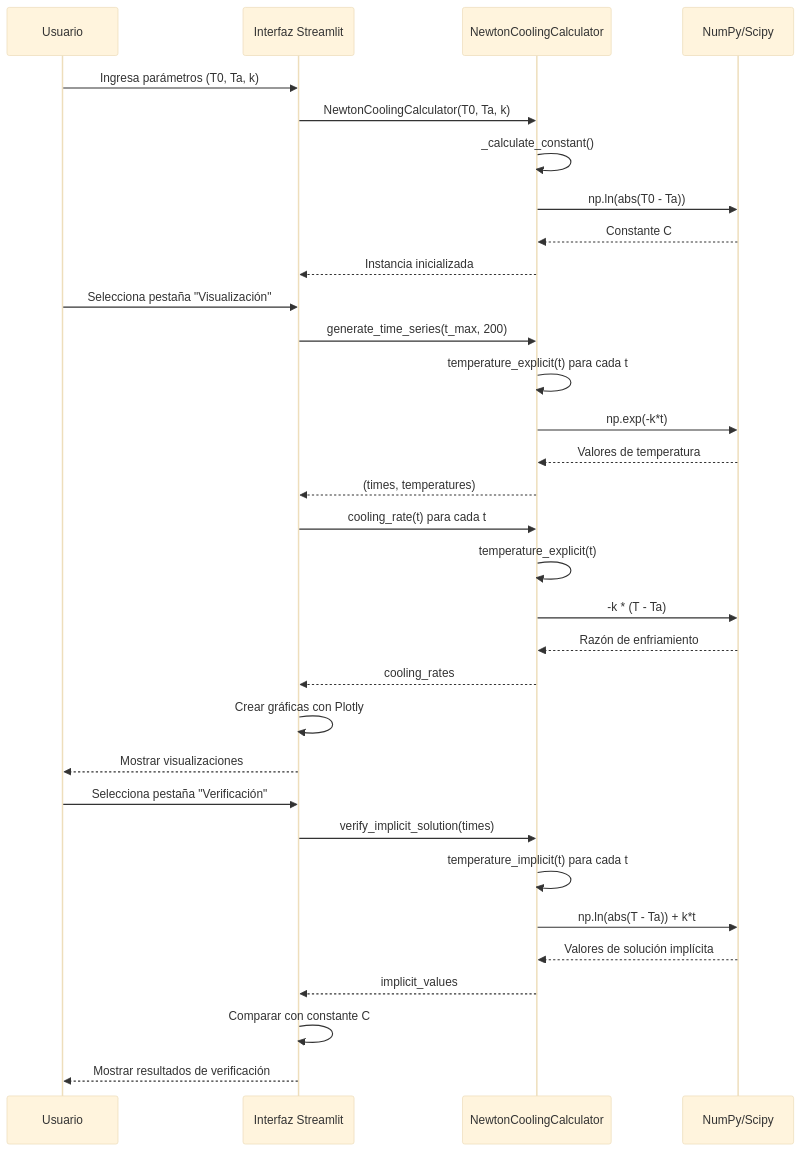
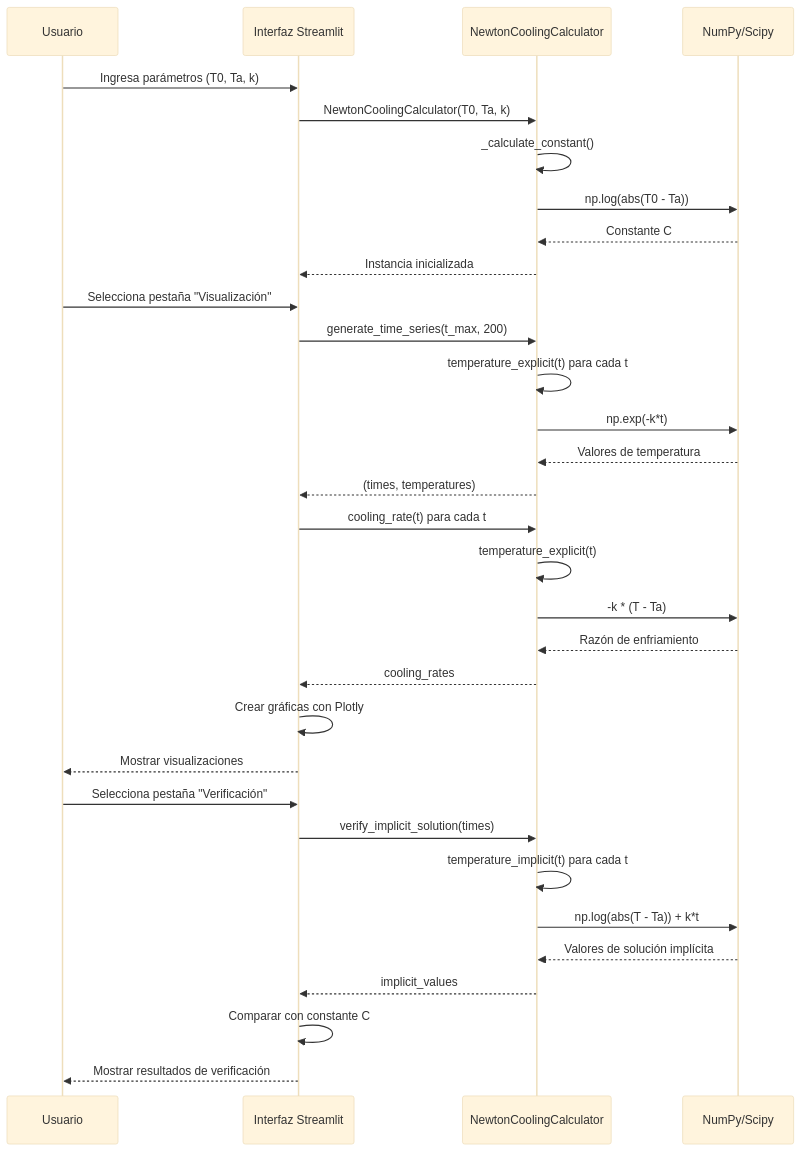
Diagram 13 of 16 in Docs/DOCUMENTACION.md (JohanStivenRengifo/Ley-de-Enfriamiento-de-Newton), drawn with Mermaid (base theme) before and after one commit. The commit also changed other lines of this file and 1 other file, not shown here.

````diff
--- a/Docs/DOCUMENTACION.md
+++ b/Docs/DOCUMENTACION.md
@@ -860,39 +860,39 @@
 ```mermaid
 sequenceDiagram
     participant U as Usuario
     participant UI as Interfaz Streamlit
     participant Calc as NewtonCoolingCalculator
     participant NumPy as NumPy/Scipy
     
     U->>UI: Ingresa parámetros (T0, Ta, k)
     UI->>Calc: NewtonCoolingCalculator(T0, Ta, k)
     Calc->>Calc: _calculate_constant()
-    Calc->>NumPy: np.ln(abs(T0 - Ta))
+    Calc->>NumPy: np.log(abs(T0 - Ta))
     NumPy-->>Calc: Constante C
     Calc-->>UI: Instancia inicializada
     
     U->>UI: Selecciona pestaña "Visualización"
     UI->>Calc: generate_time_series(t_max, 200)
     Calc->>Calc: temperature_explicit(t) para cada t
     Calc->>NumPy: np.exp(-k*t)
     NumPy-->>Calc: Valores de temperatura
     Calc-->>UI: (times, temperatures)
     
     UI->>Calc: cooling_rate(t) para cada t
     Calc->>Calc: temperature_explicit(t)
     Calc->>NumPy: -k * (T - Ta)
     NumPy-->>Calc: Razón de enfriamiento
     Calc-->>UI: cooling_rates
     
     UI->>UI: Crear gráficas con Plotly
     UI-->>U: Mostrar visualizaciones
     
     U->>UI: Selecciona pestaña "Verificación"
     UI->>Calc: verify_implicit_solution(times)
     Calc->>Calc: temperature_implicit(t) para cada t
-    Calc->>NumPy: np.ln(abs(T - Ta)) + k*t
+    Calc->>NumPy: np.log(abs(T - Ta)) + k*t
     NumPy-->>Calc: Valores de solución implícita
     Calc-->>UI: implicit_values
     UI->>UI: Comparar con constante C
     UI-->>U: Mostrar resultados de verificación
 ```
````
